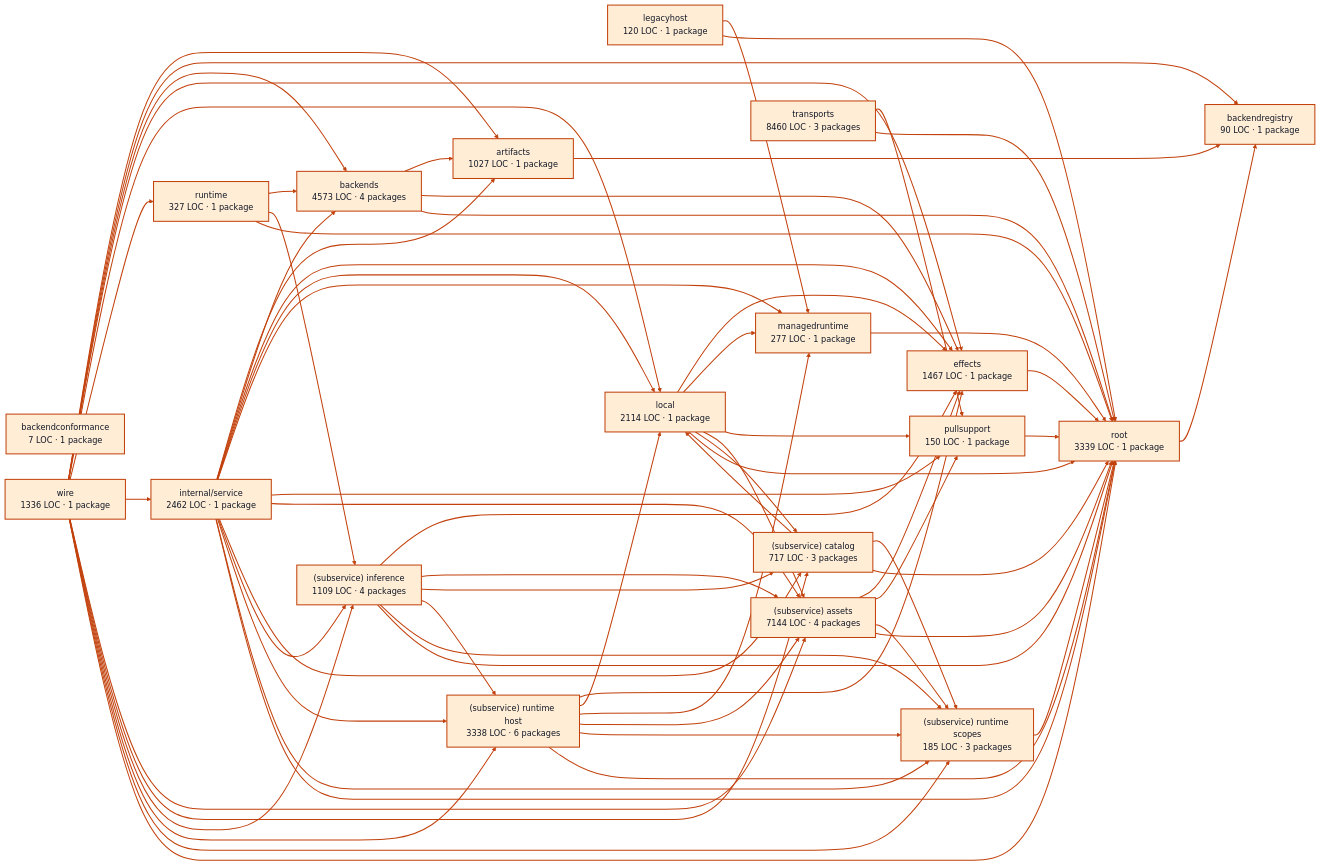
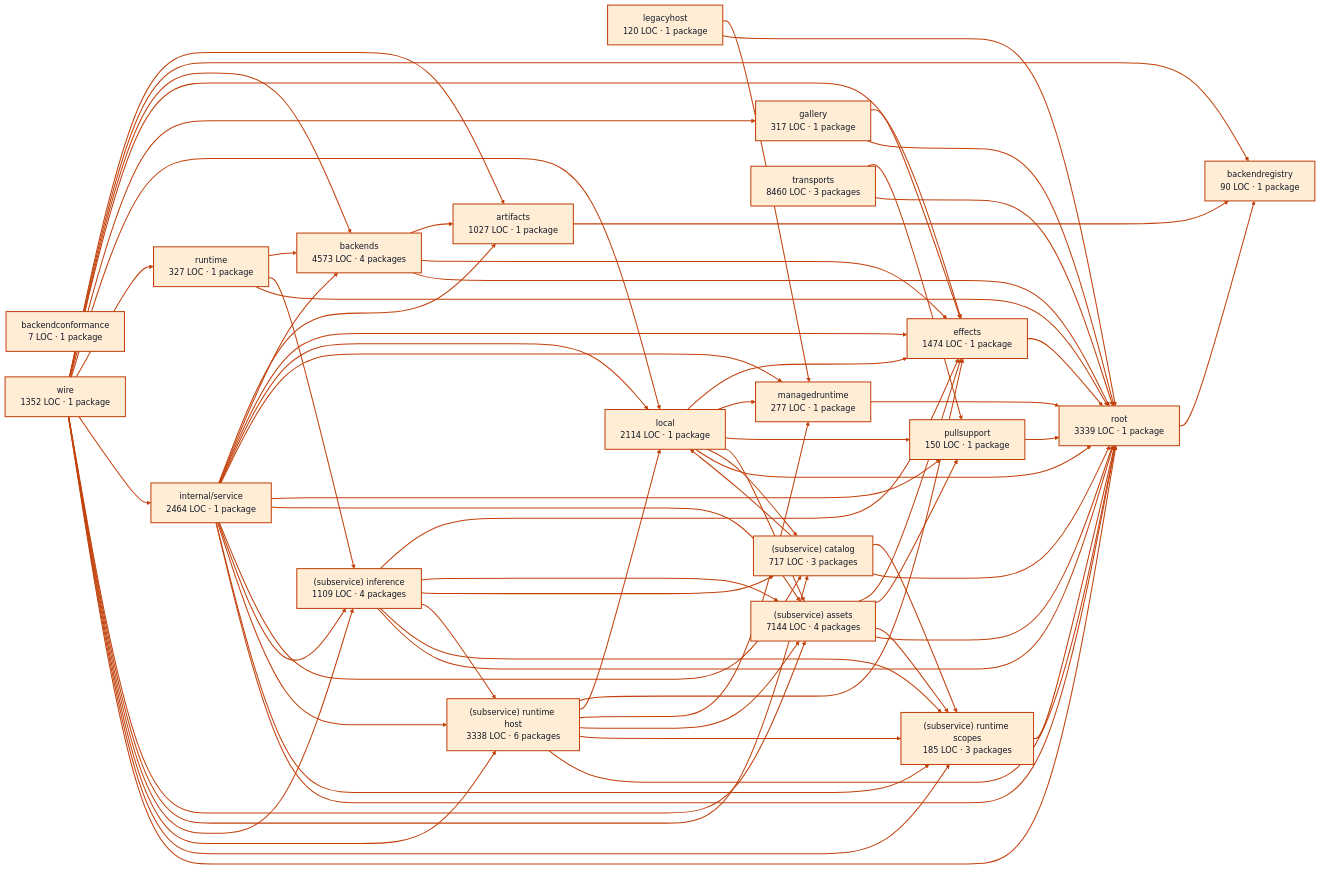
One commit to portpowered/you-agent-factory changed the diagram in docs/architecture/visualizations/services/models.md. Above: the diagram before and after it, drawn with Mermaid. The commit also changed other lines of this file and 20 other files, not shown here.

Commit message:
docs: refresh backend architecture visualizations

````diff
--- a/docs/architecture/visualizations/services/models.md
+++ b/docs/architecture/visualizations/services/models.md
@@ -14,87 +14,91 @@
   p1["backendconformance<br/>7 LOC · 1 package"]
   p2["backendregistry<br/>90 LOC · 1 package"]
   p3["backends<br/>4573 LOC · 4 packages"]
-  p4["effects<br/>1467 LOC · 1 package"]
-  p5["legacyhost<br/>120 LOC · 1 package"]
-  p6["local<br/>2114 LOC · 1 package"]
-  p7["managedruntime<br/>277 LOC · 1 package"]
-  p8["pullsupport<br/>150 LOC · 1 package"]
-  p9["runtime<br/>327 LOC · 1 package"]
-  p10["internal/service<br/>2462 LOC · 1 package"]
-  p11["(subservice) assets<br/>7144 LOC · 4 packages"]
-  p12["(subservice) catalog<br/>717 LOC · 3 packages"]
-  p13["(subservice) inference<br/>1109 LOC · 4 packages"]
-  p14["(subservice) runtime host<br/>3338 LOC · 6 packages"]
-  p15["(subservice) runtime scopes<br/>185 LOC · 3 packages"]
-  p16["root<br/>3339 LOC · 1 package"]
-  p17["transports<br/>8460 LOC · 3 packages"]
-  p18["wire<br/>1336 LOC · 1 package"]
+  p4["effects<br/>1474 LOC · 1 package"]
+  p5["gallery<br/>317 LOC · 1 package"]
+  p6["legacyhost<br/>120 LOC · 1 package"]
+  p7["local<br/>2114 LOC · 1 package"]
+  p8["managedruntime<br/>277 LOC · 1 package"]
+  p9["pullsupport<br/>150 LOC · 1 package"]
+  p10["runtime<br/>327 LOC · 1 package"]
+  p11["internal/service<br/>2464 LOC · 1 package"]
+  p12["(subservice) assets<br/>7144 LOC · 4 packages"]
+  p13["(subservice) catalog<br/>717 LOC · 3 packages"]
+  p14["(subservice) inference<br/>1109 LOC · 4 packages"]
+  p15["(subservice) runtime host<br/>3338 LOC · 6 packages"]
+  p16["(subservice) runtime scopes<br/>185 LOC · 3 packages"]
+  p17["root<br/>3339 LOC · 1 package"]
+  p18["transports<br/>8460 LOC · 3 packages"]
+  p19["wire<br/>1352 LOC · 1 package"]
   p0 --> p2
   p3 --> p0
   p3 --> p4
-  p3 --> p16
-  p4 --> p16
-  p5 --> p7
-  p5 --> p16
-  p6 --> p4
-  p6 --> p7
+  p3 --> p17
+  p4 --> p17
+  p5 --> p4
+  p5 --> p17
   p6 --> p8
-  p6 --> p11
-  p6 --> p12
-  p6 --> p16
-  p7 --> p16
-  p8 --> p16
-  p9 --> p3
-  p9 --> p13
-  p9 --> p16
-  p10 --> p0
+  p6 --> p17
+  p7 --> p4
+  p7 --> p8
+  p7 --> p9
+  p7 --> p12
+  p7 --> p13
+  p7 --> p17
+  p8 --> p17
+  p9 --> p17
   p10 --> p3
-  p10 --> p4
-  p10 --> p6
-  p10 --> p7
-  p10 --> p8
-  p10 --> p11
-  p10 --> p12
-  p10 --> p13
   p10 --> p14
-  p10 --> p15
-  p10 --> p16
+  p10 --> p17
+  p11 --> p0
+  p11 --> p3
   p11 --> p4
+  p11 --> p7
   p11 --> p8
+  p11 --> p9
+  p11 --> p12
+  p11 --> p13
+  p11 --> p14
   p11 --> p15
   p11 --> p16
-  p12 --> p6
-  p12 --> p15
+  p11 --> p17
+  p12 --> p4
+  p12 --> p9
   p12 --> p16
-  p13 --> p4
-  p13 --> p11
-  p13 --> p12
-  p13 --> p14
-  p13 --> p15
+  p12 --> p17
+  p13 --> p7
   p13 --> p16
+  p13 --> p17
   p14 --> p4
-  p14 --> p6
-  p14 --> p7
-  p14 --> p11
+  p14 --> p12
+  p14 --> p13
   p14 --> p15
   p14 --> p16
+  p14 --> p17
+  p15 --> p4
+  p15 --> p7
+  p15 --> p8
+  p15 --> p12
   p15 --> p16
-  p16 --> p2
-  p17 --> p8
-  p17 --> p16
-  p18 --> p0
-  p18 --> p2
-  p18 --> p3
-  p18 --> p4
-  p18 --> p6
+  p15 --> p17
+  p16 --> p17
+  p17 --> p2
   p18 --> p9
-  p18 --> p10
-  p18 --> p11
-  p18 --> p12
-  p18 --> p13
-  p18 --> p14
-  p18 --> p15
-  p18 --> p16
+  p18 --> p17
+  p19 --> p0
+  p19 --> p2
+  p19 --> p3
+  p19 --> p4
+  p19 --> p5
+  p19 --> p7
+  p19 --> p10
+  p19 --> p11
+  p19 --> p12
+  p19 --> p13
+  p19 --> p14
+  p19 --> p15
+  p19 --> p16
+  p19 --> p17
   style p0 fill:#ffedd5,stroke:#c2410c,stroke-width:2px,color:#111827
   style p1 fill:#ffedd5,stroke:#c2410c,stroke-width:2px,color:#111827
   style p2 fill:#ffedd5,stroke:#c2410c,stroke-width:2px,color:#111827
@@ -114,5 +118,6 @@
   style p16 fill:#ffedd5,stroke:#c2410c,stroke-width:2px,color:#111827
   style p17 fill:#ffedd5,stroke:#c2410c,stroke-width:2px,color:#111827
   style p18 fill:#ffedd5,stroke:#c2410c,stroke-width:2px,color:#111827
+  style p19 fill:#ffedd5,stroke:#c2410c,stroke-width:2px,color:#111827
   linkStyle default stroke:#c2410c,stroke-width:2px
 ```
````
